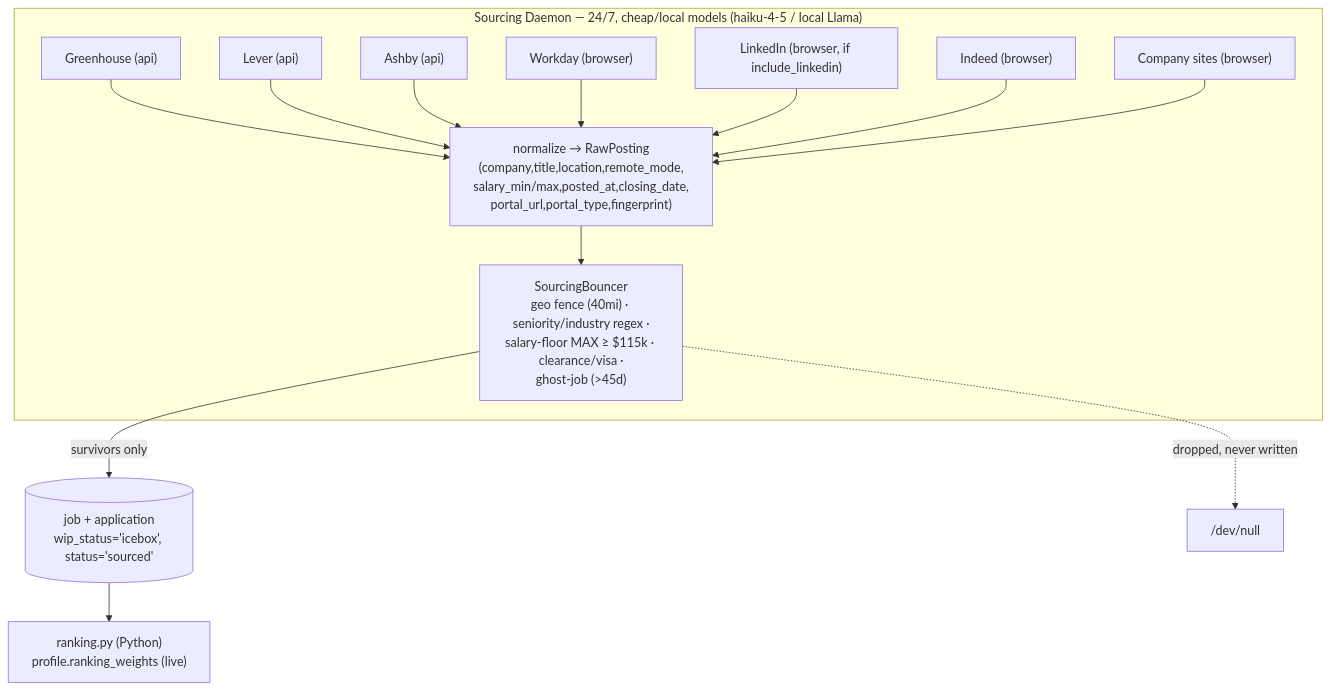
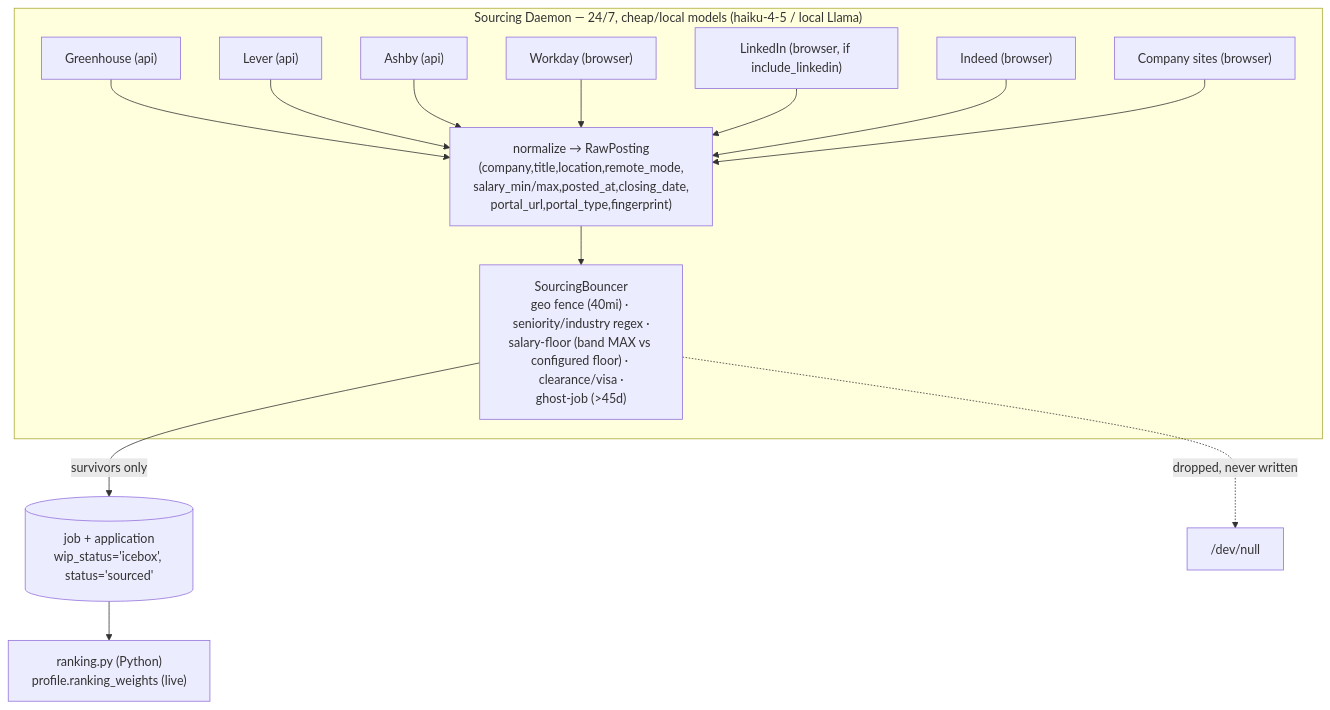
One commit to kristenmartino/aeroapply changed the second of 2 diagrams in docs/CONNECTORS.md. Above: the diagram before and after it, drawn with Mermaid. The commit also changed other lines of this file and 30 other files, not shown here.

````diff
--- a/docs/CONNECTORS.md
+++ b/docs/CONNECTORS.md
@@ -121,17 +121,17 @@
 ```mermaid
 flowchart TB
   subgraph SRC["Sourcing Daemon — 24/7, cheap/local models (haiku-4-5 / local Llama)"]
     GH["Greenhouse (api)"] --> NORM
     LV["Lever (api)"] --> NORM
     ASH["Ashby (api)"] --> NORM
     WD["Workday (browser)"] --> NORM
     LI["LinkedIn (browser, if include_linkedin)"] --> NORM
     IND["Indeed (browser)"] --> NORM
     CS["Company sites (browser)"] --> NORM
     NORM["normalize → RawPosting\n(company,title,location,remote_mode,\nsalary_min/max,posted_at,closing_date,\nportal_url,portal_type,fingerprint)"] --> BNC
-    BNC["SourcingBouncer\ngeo fence (40mi) · seniority/industry regex ·\nsalary-floor MAX ≥ $115k · clearance/visa ·\nghost-job (>45d)"]
+    BNC["SourcingBouncer\ngeo fence (40mi) · seniority/industry regex ·\nsalary-floor (band MAX vs configured floor) · clearance/visa ·\nghost-job (>45d)"]
   end
   BNC -->|survivors only| ICE[("job + application\nwip_status='icebox', status='sourced'")]
   BNC -. dropped, never written .-> X["/dev/null"]
   ICE --> RANK["ranking.py (Python)\nprofile.ranking_weights (live)"]
 ```
````
